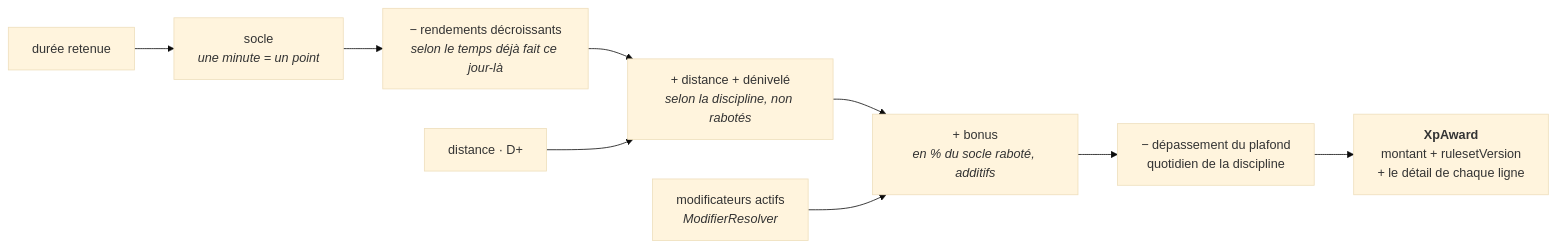
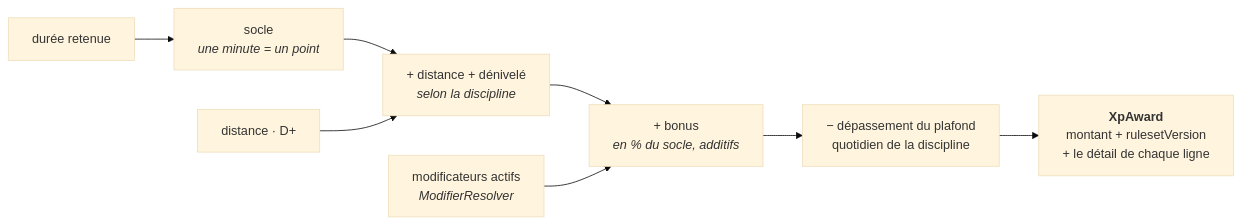
One commit to younesdiouri/grrind-back changed the ninth of 14 diagrams in ARCHITECTURE.md. Above: the diagram before and after it, drawn with Mermaid (base theme). The commit also changed other lines of this file and 30 other files, not shown here.

````diff
--- a/ARCHITECTURE.md
+++ b/ARCHITECTURE.md
@@ -400,11 +400,10 @@
 ```mermaid
 flowchart LR
     d["durée retenue"] --> base["socle<br/><i>une minute = un point</i>"]
-    base --> dim["− rendements décroissants<br/><i>selon le temps déjà fait ce jour-là</i>"]
-    dim --> terr["+ distance + dénivelé<br/><i>selon la discipline, non rabotés</i>"]
+    base --> terr["+ distance + dénivelé<br/><i>selon la discipline</i>"]
     m["distance · D+"] --> terr
-    terr --> bonus["+ bonus<br/><i>en % du socle raboté, additifs</i>"]
+    terr --> bonus["+ bonus<br/><i>en % du socle, additifs</i>"]
     mods["modificateurs actifs<br/><i>ModifierResolver</i>"] --> bonus
     bonus --> cap["− dépassement du plafond<br/>quotidien de la discipline"]
     cap --> out["<b>XpAward</b><br/>montant + rulesetVersion<br/>+ le détail de chaque ligne"]
 ```
````
